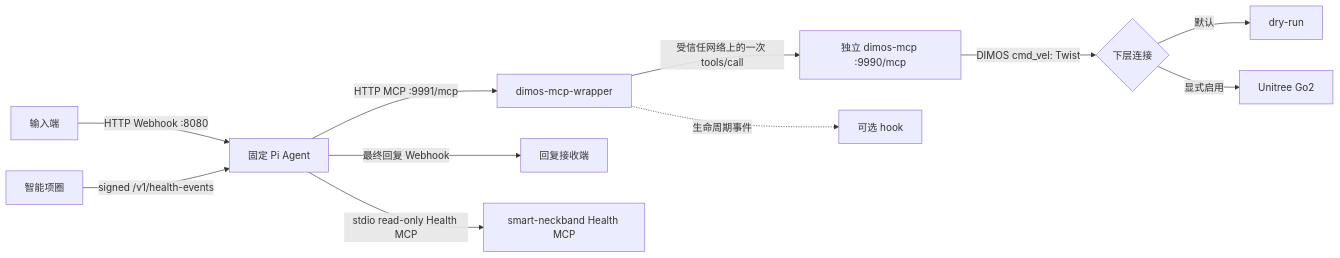
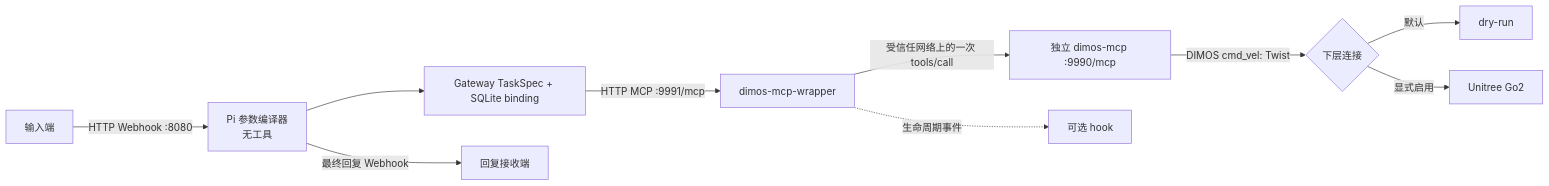
One commit to J9HSON/agent changed the diagram in USAGE.md. Above: the diagram before and after it, drawn with Mermaid. The commit also changed other lines of this file and 87 other files, not shown here.

```diff
--- a/USAGE.md
+++ b/USAGE.md
@@ -13,13 +23,12 @@
 ~~~mermaid
 flowchart LR
-    I["输入端"] -->|HTTP Webhook :8080| A["固定 Pi Agent"]
-    A -->|HTTP MCP :9991/mcp| W["dimos-mcp-wrapper"]
+    I["输入端"] -->|HTTP Webhook :8080| A["Pi 参数编译器<br/>无工具"]
+    A --> T["Gateway TaskSpec + SQLite binding"]
+    T -->|HTTP MCP :9991/mcp| W["dimos-mcp-wrapper"]
     W -->|"受信任网络上的一次 tools/call"| D["独立 dimos-mcp :9990/mcp"]
     D -->|DIMOS cmd_vel: Twist| C{"下层连接"}
     C -->|默认| R["dry-run"]
     C -->|显式启用| G["Unitree Go2"]
     W -. 生命周期事件 .-> K["可选 hook"]
     A -->|最终回复 Webhook| O["回复接收端"]
-    H["智能项圈"] -->|"signed /v1/health-events"| A
-    A -->|"stdio read-only Health MCP"| M["smart-neckband Health MCP"]
 ~~~
```
